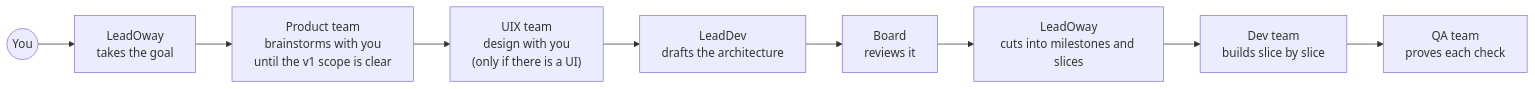
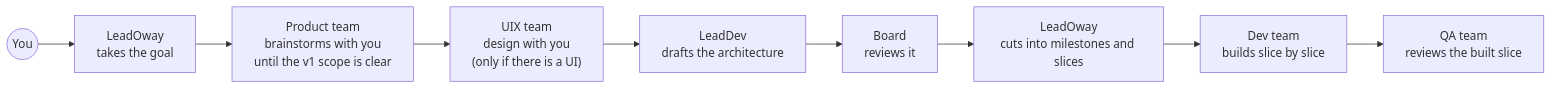
The first of 3 diagrams in docs/oway/how-work-flows.md (mrojefe/Oway), drawn with Mermaid before and after one commit. The commit also changed other lines of this file and 89 other files, not shown here.

````diff
--- a/docs/oway/how-work-flows.md
+++ b/docs/oway/how-work-flows.md
@@ -47,11 +47,11 @@
 ```mermaid
 flowchart LR
   You(("You")) --> LO["LeadOway<br/>takes the goal"]
   LO --> P["Product team<br/>brainstorms with you<br/>until the v1 scope is clear"]
   P --> U["UIX team<br/>design with you<br/>(only if there is a UI)"]
   U --> A["LeadDev<br/>drafts the architecture"]
   A --> TF["Board<br/>reviews it"]
   TF --> C["LeadOway<br/>cuts into milestones and slices"]
   C --> W["Dev team<br/>builds slice by slice"]
-  W --> Q["QA team<br/>proves each check"]
+  W --> Q["QA team<br/>reviews the built slice"]
 ```
````
